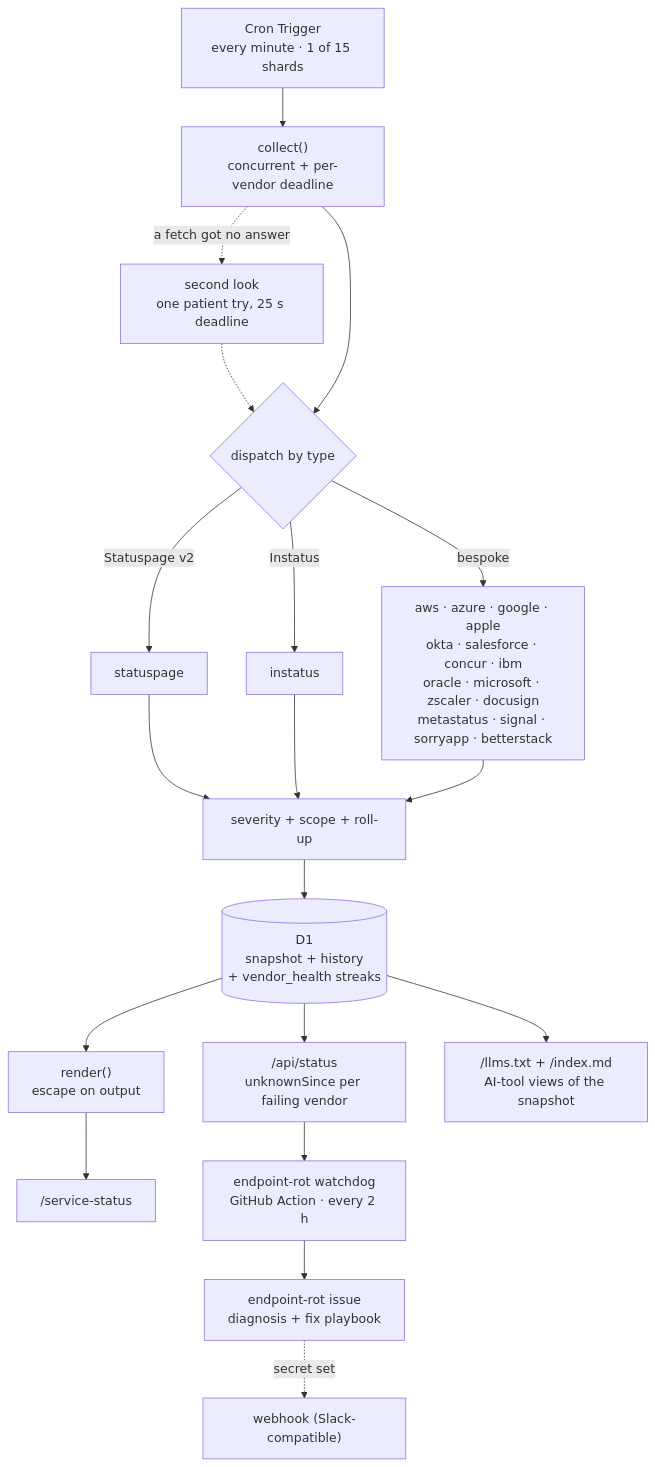
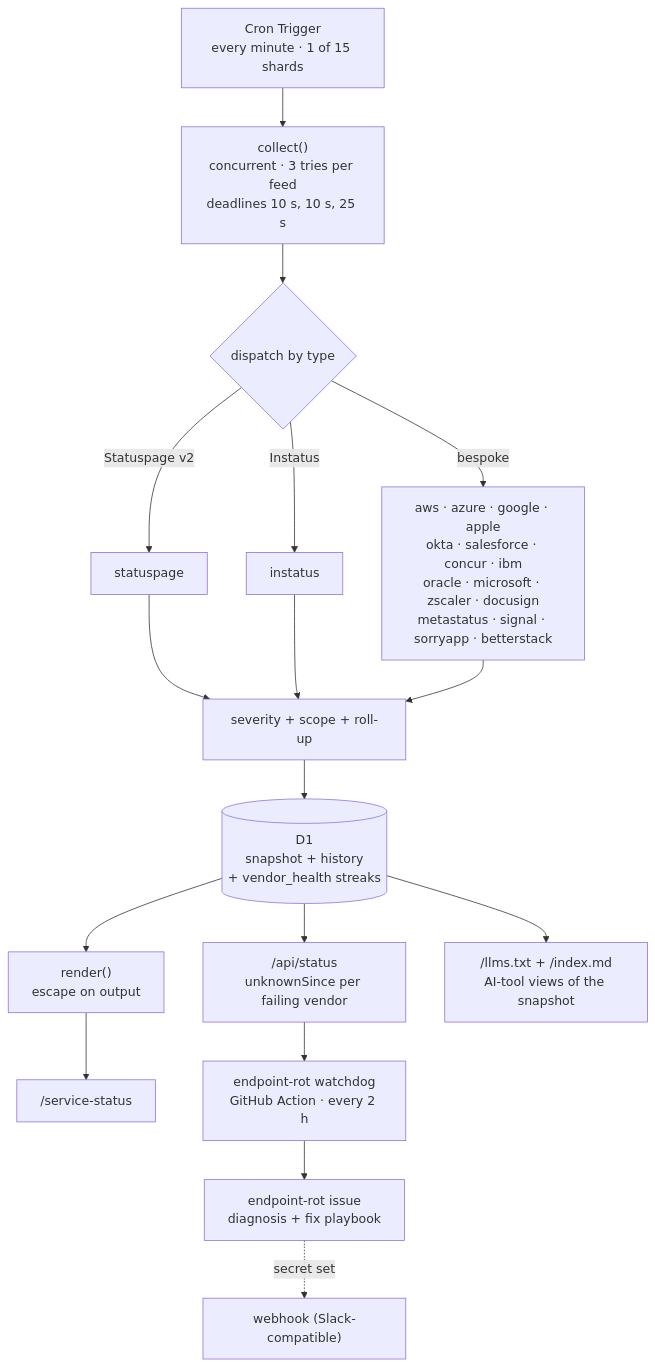
The first of 3 diagrams in README.md (bjgreenberg/vendor-dashboard), drawn with Mermaid before and after one commit. The commit also changed other lines of this file and 7 other files, not shown here.

````diff
--- a/README.md
+++ b/README.md
@@ -82,21 +82,19 @@
 ```mermaid
 flowchart TB
-    cron["Cron Trigger<br/>every minute · 1 of 15 shards"] --> collect["collect()<br/>concurrent + per-vendor deadline"]
-    collect -.->|"a fetch got no answer"| recheck["second look<br/>one patient try, 25 s deadline"]
-    recheck -.-> adapters
+    cron["Cron Trigger<br/>every minute · 1 of 15 shards"] --> collect["collect()<br/>concurrent · 3 tries per feed<br/>deadlines 10 s, 10 s, 25 s"]
     collect --> adapters{"dispatch by type"}
     adapters -->|"Statuspage v2"| a1["statuspage"]
     adapters -->|"Instatus"| a2["instatus"]
     adapters -->|"bespoke"| a3["aws · azure · google · apple<br/>okta · salesforce · concur · ibm<br/>oracle · microsoft · zscaler · docusign<br/>metastatus · signal · sorryapp · betterstack"]
     a1 --> norm["severity + scope + roll-up"]
     a2 --> norm
     a3 --> norm
     norm --> d1[("D1<br/>snapshot + history<br/>+ vendor_health streaks")]
     d1 --> render["render()<br/>escape on output"]
     render --> page["/service-status"]
     d1 --> api["/api/status<br/>unknownSince per failing vendor"]
     d1 --> ai["/llms.txt + /index.md<br/>AI-tool views of the snapshot"]
     api --> wd["endpoint-rot watchdog<br/>GitHub Action · every 2 h"]
     wd --> issue["endpoint-rot issue<br/>diagnosis + fix playbook"]
     issue -.->|"secret set"| slack["webhook (Slack-compatible)"]
 ```
````
